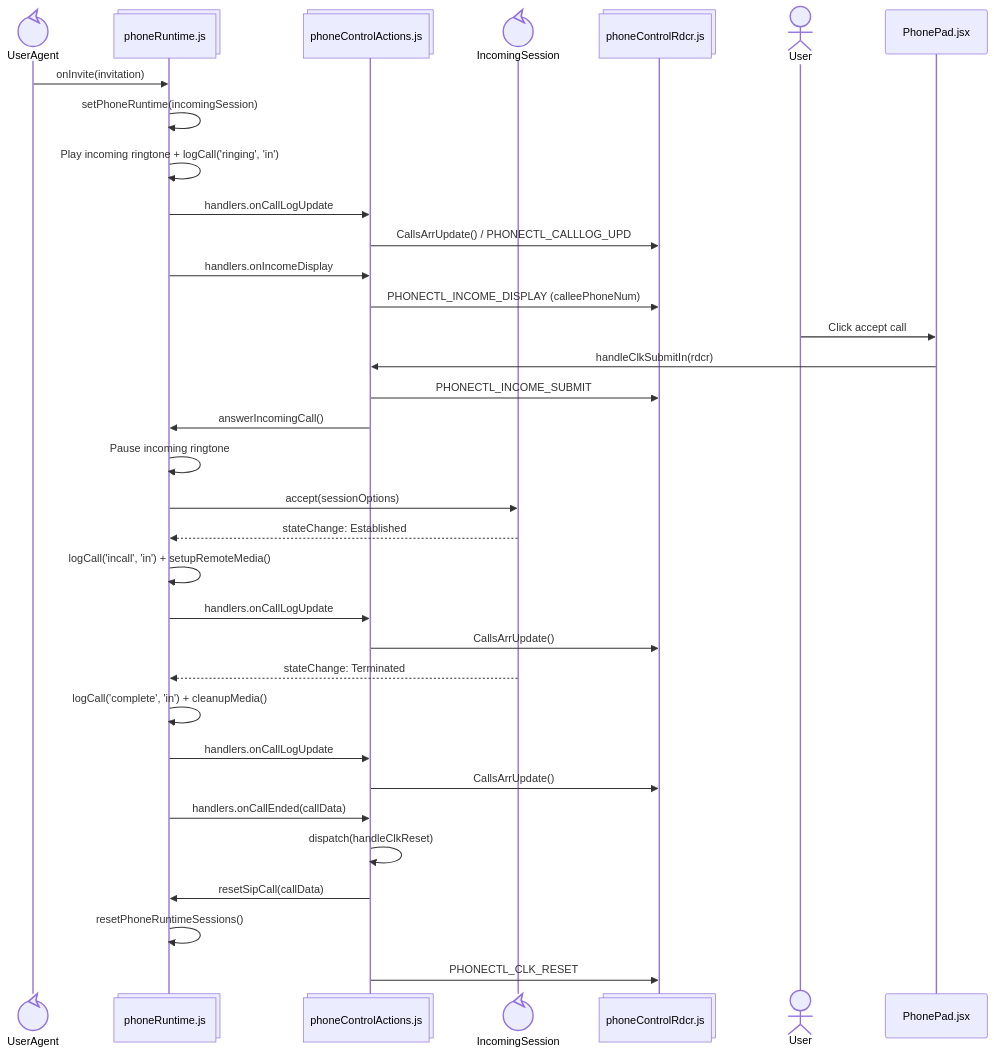
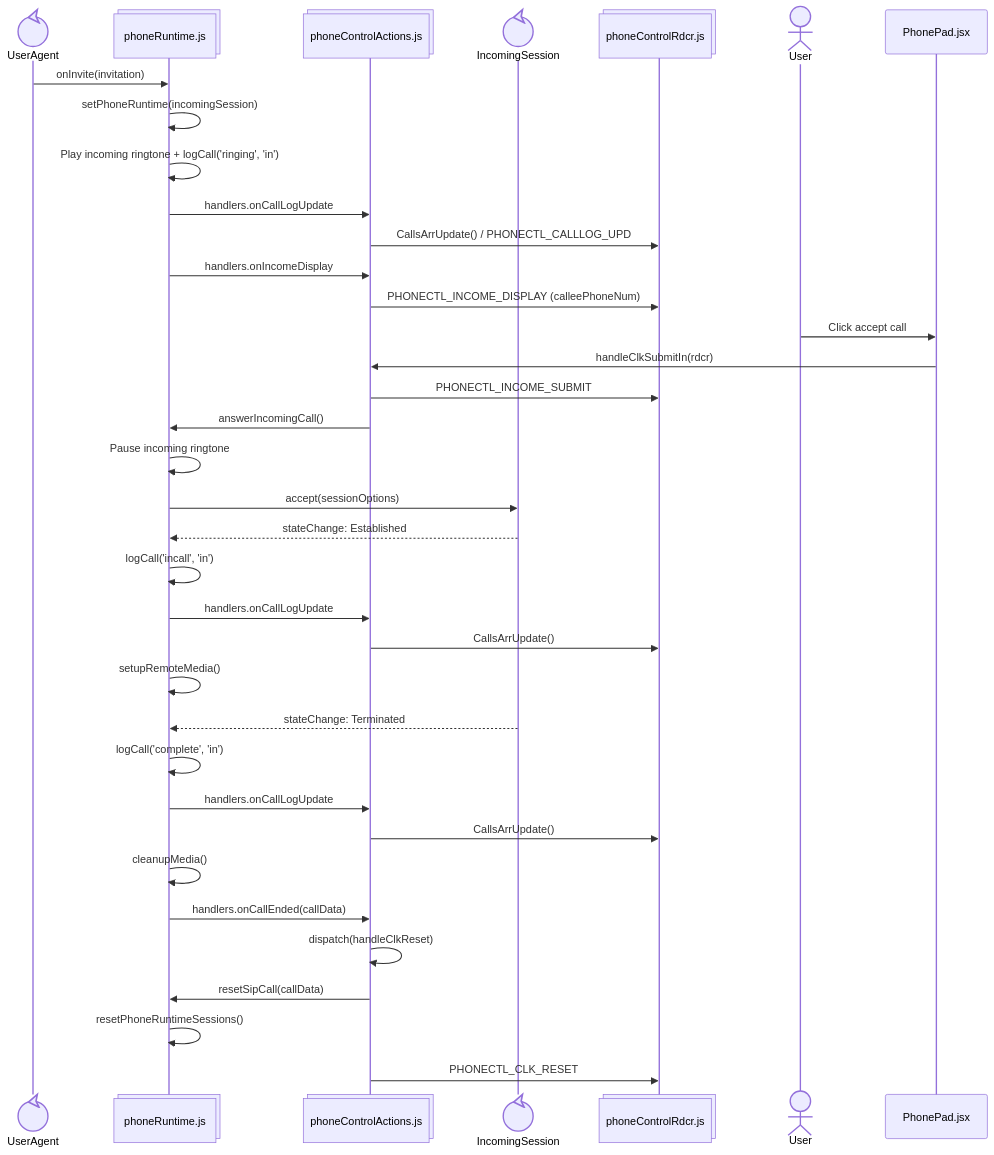
Before and after one commit to ars-anosov/sipjs-react: the sixth of 9 diagrams in docs/STATE.md, drawn with Mermaid. The commit also changed other lines of this file and 13 other files, not shown here.

````diff
--- a/docs/STATE.md
+++ b/docs/STATE.md
@@ -202,37 +225,39 @@
 ```mermaid
 sequenceDiagram
   participant UserAgent@{ "type" : "control" }
   participant Runtime@{ "type" : "collections", "alias": "phoneRuntime.js" }
   participant Action@{ "type" : "collections", "alias": "phoneControlActions.js" }
   participant IncomingSession@{ "type" : "control" }
   participant Dispatch@{ "type" : "collections", "alias": "phoneControlRdcr.js" }
   actor User
   participant PhonePad@{ "type" : "participant", "alias": "PhonePad.jsx" }
 
   UserAgent->>Runtime: onInvite(invitation)
   Runtime->>Runtime: setPhoneRuntime(incomingSession)
   Runtime->>Runtime: Play incoming ringtone + logCall('ringing', 'in')
   Runtime->>Action: handlers.onCallLogUpdate
   Action->>Dispatch: CallsArrUpdate() / PHONECTL_CALLLOG_UPD
   Runtime->>Action: handlers.onIncomeDisplay
   Action->>Dispatch: PHONECTL_INCOME_DISPLAY (calleePhoneNum)
   User->>PhonePad: Click accept call
   PhonePad->>Action: handleClkSubmitIn(rdcr)
   Action->>Dispatch: PHONECTL_INCOME_SUBMIT
   Action->>Runtime: answerIncomingCall()
   Runtime->>Runtime: Pause incoming ringtone
   Runtime->>IncomingSession: accept(sessionOptions)
   IncomingSession-->>Runtime: stateChange: Established
-  Runtime->>Runtime: logCall('incall', 'in') + setupRemoteMedia()
+  Runtime->>Runtime: logCall('incall', 'in')
   Runtime->>Action: handlers.onCallLogUpdate
   Action->>Dispatch: CallsArrUpdate()
+  Runtime->>Runtime: setupRemoteMedia()
   IncomingSession-->>Runtime: stateChange: Terminated
-  Runtime->>Runtime: logCall('complete', 'in') + cleanupMedia()
+  Runtime->>Runtime: logCall('complete', 'in')
   Runtime->>Action: handlers.onCallLogUpdate
   Action->>Dispatch: CallsArrUpdate()
+  Runtime->>Runtime: cleanupMedia()
   Runtime->>Action: handlers.onCallEnded(callData)
   Action->>Action: dispatch(handleClkReset)
   Action->>Runtime: resetSipCall(callData)
   Runtime->>Runtime: resetPhoneRuntimeSessions()
   Action->>Dispatch: PHONECTL_CLK_RESET
 ```
````
